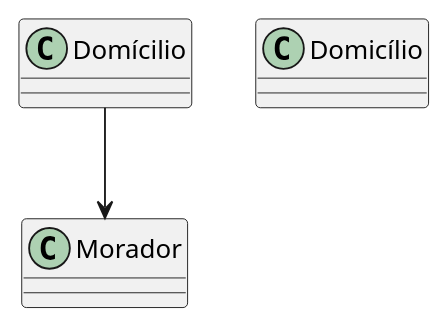
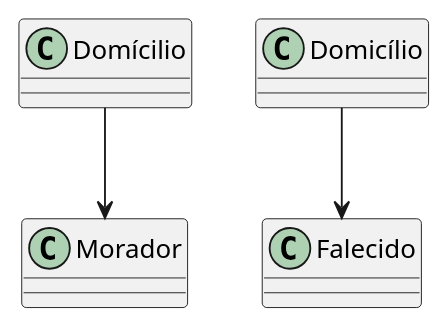
One commit to Projetos-de-Extensao/PBE_25.1_8002_QuarterBackers changed the diagram in docs/assets/Diagrama_de_Classes/diagrama.puml. Above: the diagram before and after it, drawn with PlantUML. The commit also changed 3 other files, not shown here.

```diff
--- a/docs/assets/Diagrama_de_Classes/diagrama.puml
+++ b/docs/assets/Diagrama_de_Classes/diagrama.puml
@@ -1,13 +1,18 @@
 @startuml diagrama_de_classes
 
 class Morador {
     
+}
+
+class Falecido {
+
 }
 
 class Domicílio {
 
 }
 
 Domícilio --> Morador
+Domicílio --> Falecido
 
 @enduml
```
